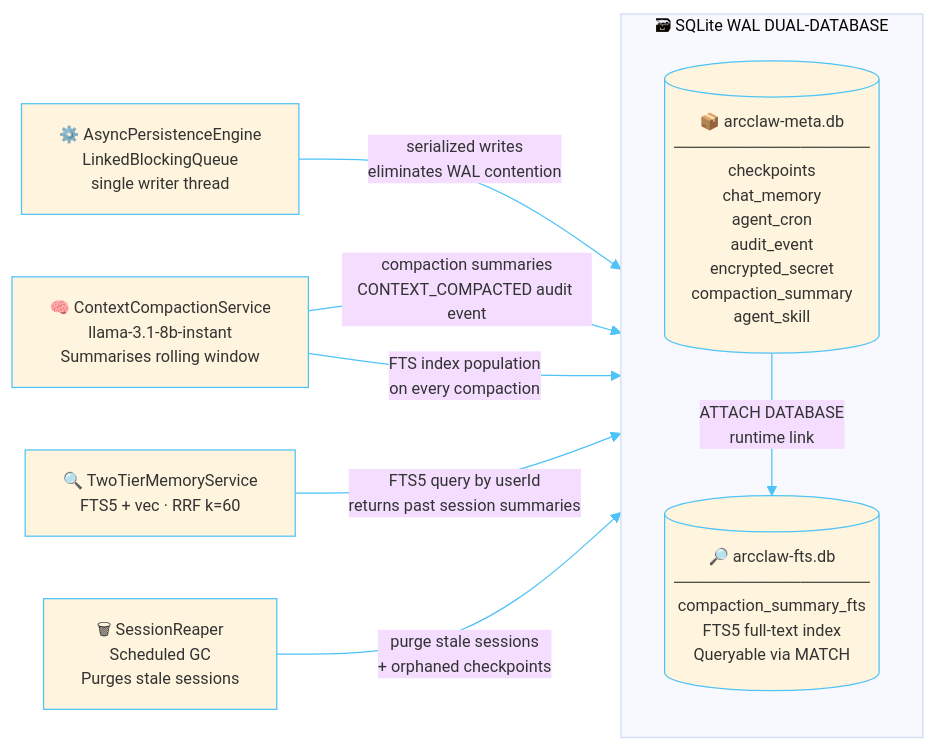
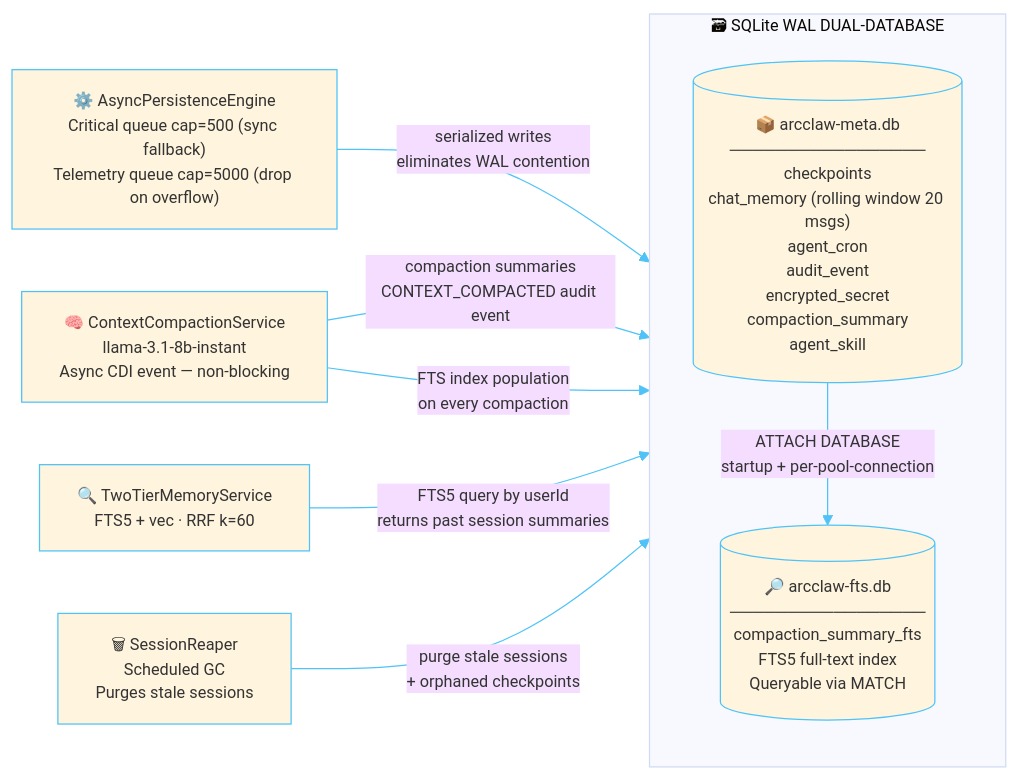
Before and after one commit to rsrini7/AmshaAgent: the fifth of 8 diagrams in README.md, drawn with Mermaid. The commit also changed other lines of this file, not shown here.

Commit message:
docs: update README to reflect consolidated skill routing within IntentClassificationHandler and new /skills reflex and other key details

````diff
--- a/README.md
+++ b/README.md
@@ -725,22 +774,22 @@
 ```mermaid
 %%{init: {'theme': 'base', 'themeVariables': {'primaryBorderColor': '#4fc3f7', 'lineColor': '#4fc3f7', 'activationBorderColor': '#4fc3f7', 'actorBorder': '#4fc3f7', 'actorLineColor': '#4fc3f7','labelBoxBorderColor': '#0b0c0cff', 'noteBorderColor': '#81c784', 'fontSize': '13px'}}}%%
 graph LR
 
-    APE["⚙️ AsyncPersistenceEngine<br/>LinkedBlockingQueue<br/>single writer thread"]:::writer
-    CC["🧠 ContextCompactionService<br/>llama-3.1-8b-instant<br/>Summarises rolling window"]:::compactor
+    APE["⚙️ AsyncPersistenceEngine<br/>Critical queue cap=500 (sync fallback)<br/>Telemetry queue cap=5000 (drop on overflow)"]:::writer
+    CC["🧠 ContextCompactionService<br/>llama-3.1-8b-instant<br/>Async CDI event — non-blocking"]:::compactor
     TMS["🔍 TwoTierMemoryService<br/>FTS5 + vec · RRF k=60"]:::searcher
     SR["🗑 SessionReaper<br/>Scheduled GC<br/>Purges stale sessions"]:::reaper
 
     subgraph DUAL["  🗃  SQLite WAL DUAL-DATABASE  "]
         direction TB
-        Meta[("📦 arcclaw-meta.db<br/>─────────────────<br/>checkpoints<br/>chat_memory<br/>agent_cron<br/>audit_event<br/>encrypted_secret<br/>compaction_summary<br/>agent_skill")]:::metadb
+        Meta[("📦 arcclaw-meta.db<br/>─────────────────<br/>checkpoints<br/>chat_memory (rolling window 20 msgs)<br/>agent_cron<br/>audit_event<br/>encrypted_secret<br/>compaction_summary<br/>agent_skill")]:::metadb
         FTS[("🔎 arcclaw-fts.db<br/>─────────────────<br/>compaction_summary_fts<br/>FTS5 full-text index<br/>Queryable via MATCH")]:::ftsdb
-        Meta -->|"ATTACH DATABASE<br/>runtime link"| FTS
+        Meta -->|"ATTACH DATABASE<br/>startup + per-pool-connection"| FTS
     end
 
     APE -->|"serialized writes<br/>eliminates WAL contention"| Meta
     CC -->|"compaction summaries<br/>CONTEXT_COMPACTED audit event"| Meta
     CC -->|"FTS index population<br/>on every compaction"| FTS
     TMS -->|"FTS5 query by userId<br/>returns past session summaries"| FTS
     SR -->|"purge stale sessions<br/>+ orphaned checkpoints"| Meta
 ```
````
